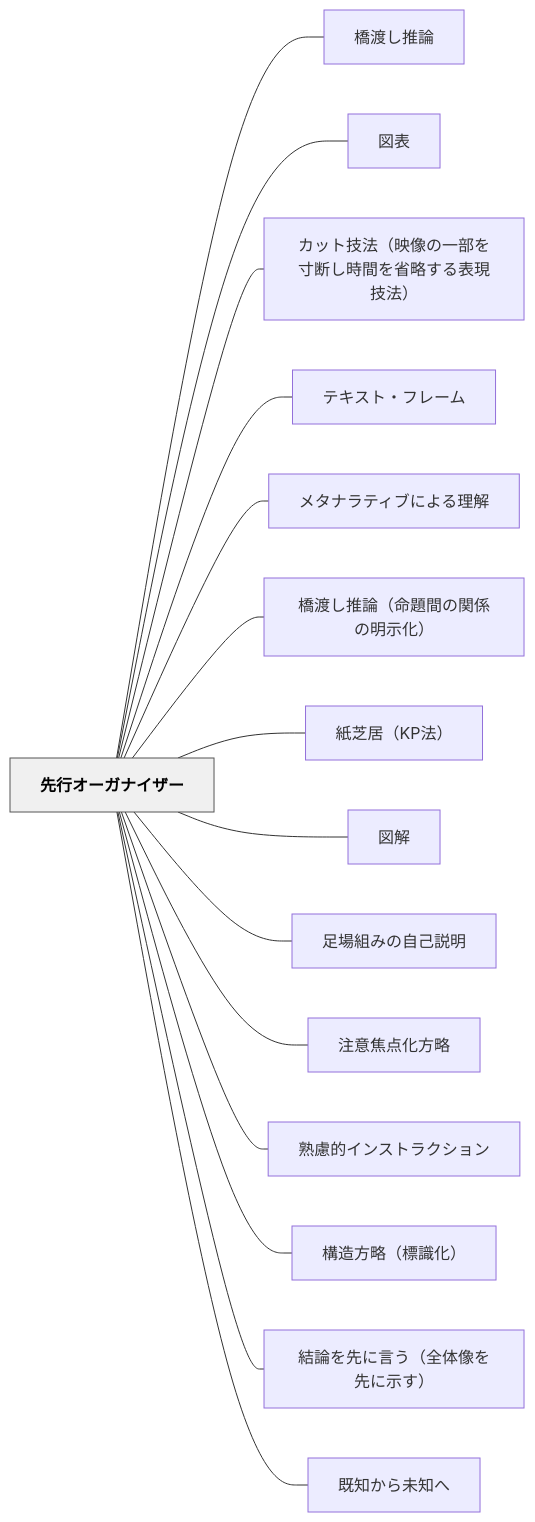
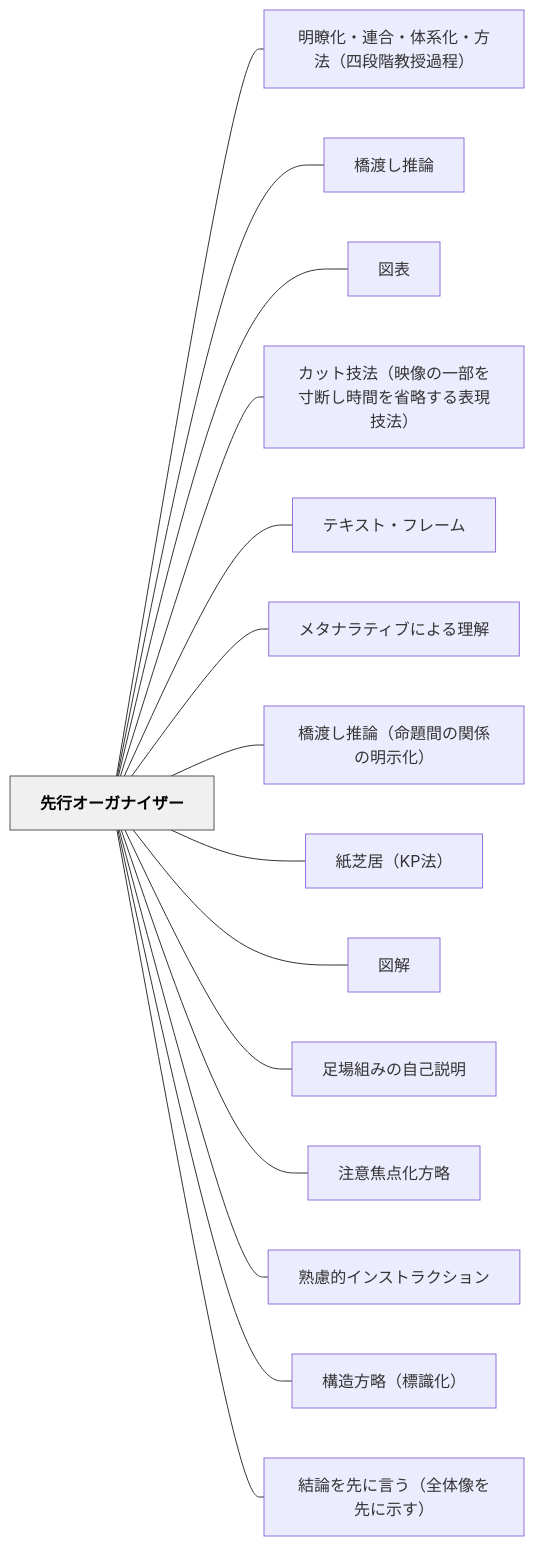
The diagram in content/パタン/先行オーガナイザー.md (unknownthings-ed-patterns/unknownthings-ed-patterns), drawn with Mermaid before and after one commit. The commit also changed other lines of this file and 15 other files, not shown here.

````diff
--- a/content/パタン/先行オーガナイザー.md
+++ b/content/パタン/先行オーガナイザー.md
@@ -36,36 +52,36 @@
 ```mermaid
 flowchart LR
     ne58588e8a18ce382aae383bce382ace3838ae382a4e382b6e383bc["先行オーガナイザー"]
+    ne6988ee79eade58c96e383bbe980a3e59088e383bbe4bd93e7b3bbe58c96e383bbe696b9e6b395efbc88e59b9be6aeb5e99a8ee69599e68e88e9818ee7a88befbc89["明瞭化・連合・体系化・方法（四段階教授過程）"]
     ne6a98be6b8a1e38197e68ea8e8ab96["橋渡し推論"]
     ne59bb3e8a1a8["図表"]
     ne382abe38383e38388e68a80e6b395efbc88e698a0e5838fe381aee4b880e983a8e38292e5afb8e696ade38197e69982e99693e38292e79c81e795a5e38199e3828be8a1a8e78fbee68a80e6b395efbc89["カット技法（映像の一部を寸断し時間を省略する表現技法）"]
     ne38386e382ade382b9e38388e383bbe38395e383ace383bce383a0["テキスト・フレーム"]
     ne383a1e382bfe3838ae383a9e38386e382a3e38396e381abe38288e3828be79086e8a7a3["メタナラティブによる理解"]
     ne6a98be6b8a1e38197e68ea8e8ab96efbc88e591bde9a18ce99693e381aee996a2e4bf82e381aee6988ee7a4bae58c96efbc89["橋渡し推論（命題間の関係の明示化）"]
     ne7b499e88a9de5b185efbc884b50e6b395efbc89["紙芝居（KP法）"]
     ne59bb3e8a7a3["図解"]
     ne8b6b3e5a0b4e7b584e381bfe381aee887aae5b7b1e8aaace6988e["足場組みの自己説明"]
     ne6b3a8e6848fe784a6e782b9e58c96e696b9e795a5["注意焦点化方略"]
     ne7869fe685aee79a84e382a4e383b3e382b9e38388e383a9e382afe382b7e383a7e383b3["熟慮的インストラクション"]
     ne6a78be980a0e696b9e795a5efbc88e6a899e8ad98e58c96efbc89["構造方略（標識化）"]
     ne7b590e8ab96e38292e58588e381abe8a880e38186efbc88e585a8e4bd93e5838fe38292e58588e381abe7a4bae38199efbc89["結論を先に言う（全体像を先に示す）"]
-    ne697a2e79fa5e3818be38289e69caae79fa5e381b8["既知から未知へ"]
 
+    ne58588e8a18ce382aae383bce382ace3838ae382a4e382b6e383bc --- ne6988ee79eade58c96e383bbe980a3e59088e383bbe4bd93e7b3bbe58c96e383bbe696b9e6b395efbc88e59b9be6aeb5e99a8ee69599e68e88e9818ee7a88befbc89
     ne58588e8a18ce382aae383bce382ace3838ae382a4e382b6e383bc --- ne6a98be6b8a1e38197e68ea8e8ab96
     ne58588e8a18ce382aae383bce382ace3838ae382a4e382b6e383bc --- ne59bb3e8a1a8
     ne58588e8a18ce382aae383bce382ace3838ae382a4e382b6e383bc --- ne382abe38383e38388e68a80e6b395efbc88e698a0e5838fe381aee4b880e983a8e38292e5afb8e696ade38197e69982e99693e38292e79c81e795a5e38199e3828be8a1a8e78fbee68a80e6b395efbc89
     ne58588e8a18ce382aae383bce382ace3838ae382a4e382b6e383bc --- ne38386e382ade382b9e38388e383bbe38395e383ace383bce383a0
     ne58588e8a18ce382aae383bce382ace3838ae382a4e382b6e383bc --- ne383a1e382bfe3838ae383a9e38386e382a3e38396e381abe38288e3828be79086e8a7a3
     ne58588e8a18ce382aae383bce382ace3838ae382a4e382b6e383bc --- ne6a98be6b8a1e38197e68ea8e8ab96efbc88e591bde9a18ce99693e381aee996a2e4bf82e381aee6988ee7a4bae58c96efbc89
     ne58588e8a18ce382aae383bce382ace3838ae382a4e382b6e383bc --- ne7b499e88a9de5b185efbc884b50e6b395efbc89
     ne58588e8a18ce382aae383bce382ace3838ae382a4e382b6e383bc --- ne59bb3e8a7a3
     ne58588e8a18ce382aae383bce382ace3838ae382a4e382b6e383bc --- ne8b6b3e5a0b4e7b584e381bfe381aee887aae5b7b1e8aaace6988e
     ne58588e8a18ce382aae383bce382ace3838ae382a4e382b6e383bc --- ne6b3a8e6848fe784a6e782b9e58c96e696b9e795a5
     ne58588e8a18ce382aae383bce382ace3838ae382a4e382b6e383bc --- ne7869fe685aee79a84e382a4e383b3e382b9e38388e383a9e382afe382b7e383a7e383b3
     ne58588e8a18ce382aae383bce382ace3838ae382a4e382b6e383bc --- ne6a78be980a0e696b9e795a5efbc88e6a899e8ad98e58c96efbc89
     ne58588e8a18ce382aae383bce382ace3838ae382a4e382b6e383bc --- ne7b590e8ab96e38292e58588e381abe8a880e38186efbc88e585a8e4bd93e5838fe38292e58588e381abe7a4bae38199efbc89
-    ne58588e8a18ce382aae383bce382ace3838ae382a4e382b6e383bc --- ne697a2e79fa5e3818be38289e69caae79fa5e381b8
 
     classDef hub fill:#f0f0f0,stroke:#555,color:#000,font-weight:bold
     class ne58588e8a18ce382aae383bce382ace3838ae382a4e382b6e383bc hub
 ```
````
